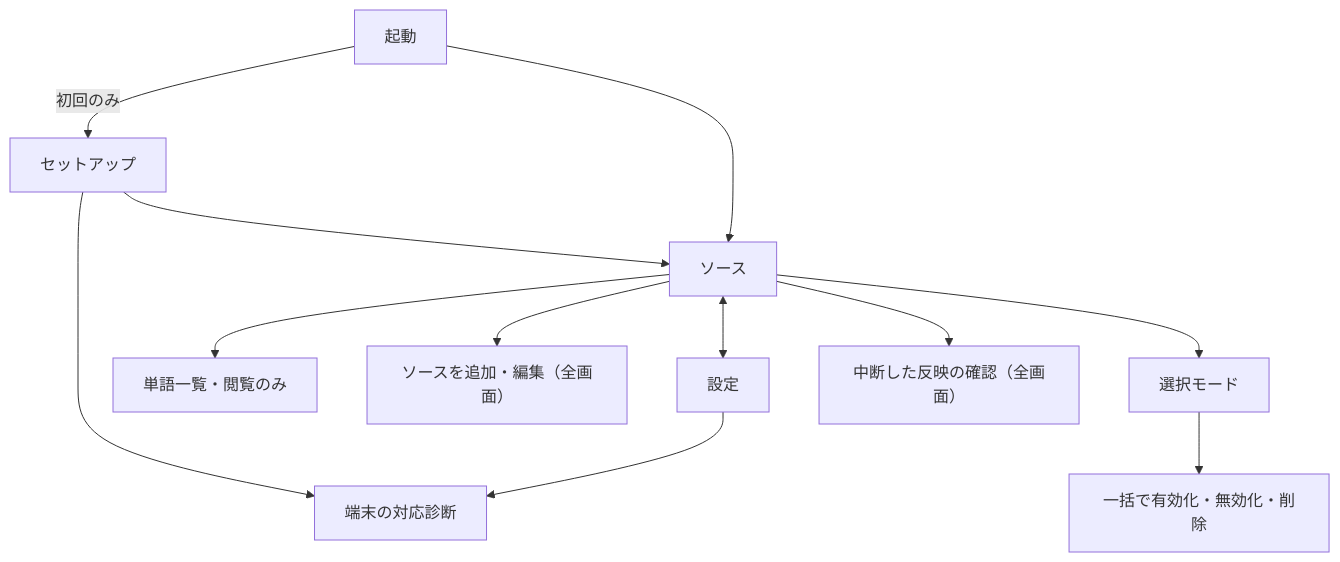
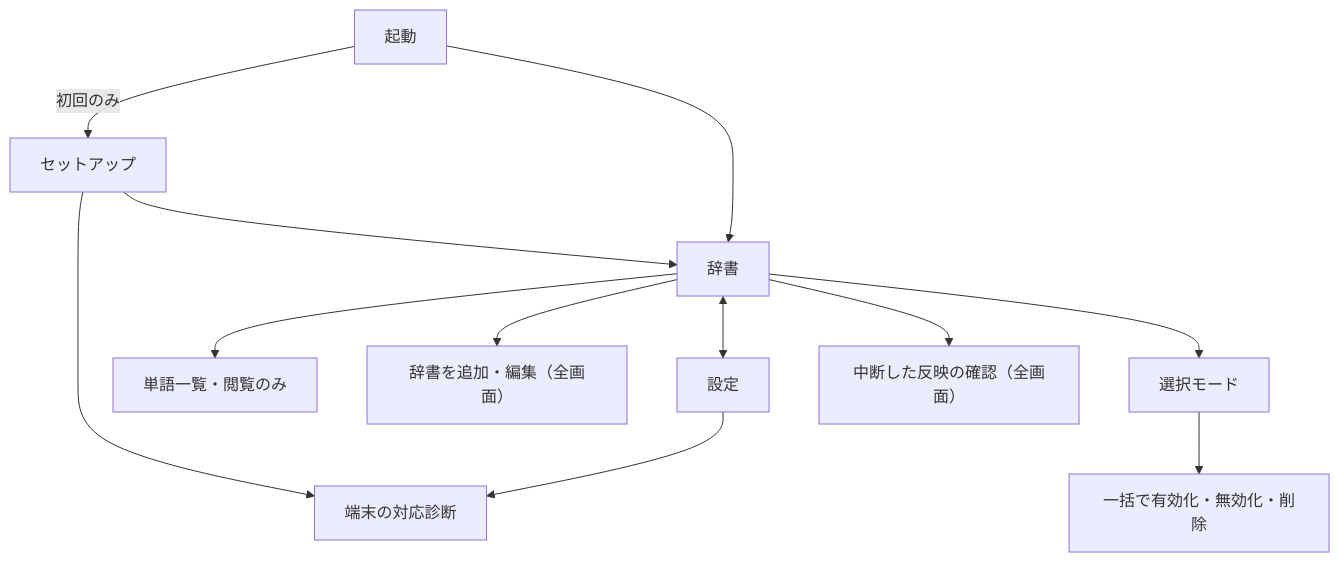
One commit to Midra429/DictionarySync changed the diagram in docs/03-ui.md. Above: the diagram before and after it, drawn with Mermaid. The commit also changed other lines of this file and 18 other files, not shown here.

````diff
--- a/docs/03-ui.md
+++ b/docs/03-ui.md
@@ -26,14 +26,14 @@
 ```mermaid
 flowchart TD
   A[起動] -->|初回のみ| U[セットアップ]
   U --> D
   U --> B
-  A --> B[ソース]
+  A --> B[辞書]
   B <--> S[設定]
   S --> D[端末の対応診断]
   B --> E[単語一覧・閲覧のみ]
-  B --> F[ソースを追加・編集（全画面）]
+  B --> F[辞書を追加・編集（全画面）]
   B --> G[選択モード]
   G --> H[一括で有効化・無効化・削除]
   B --> R[中断した反映の確認（全画面）]
 ```
````
